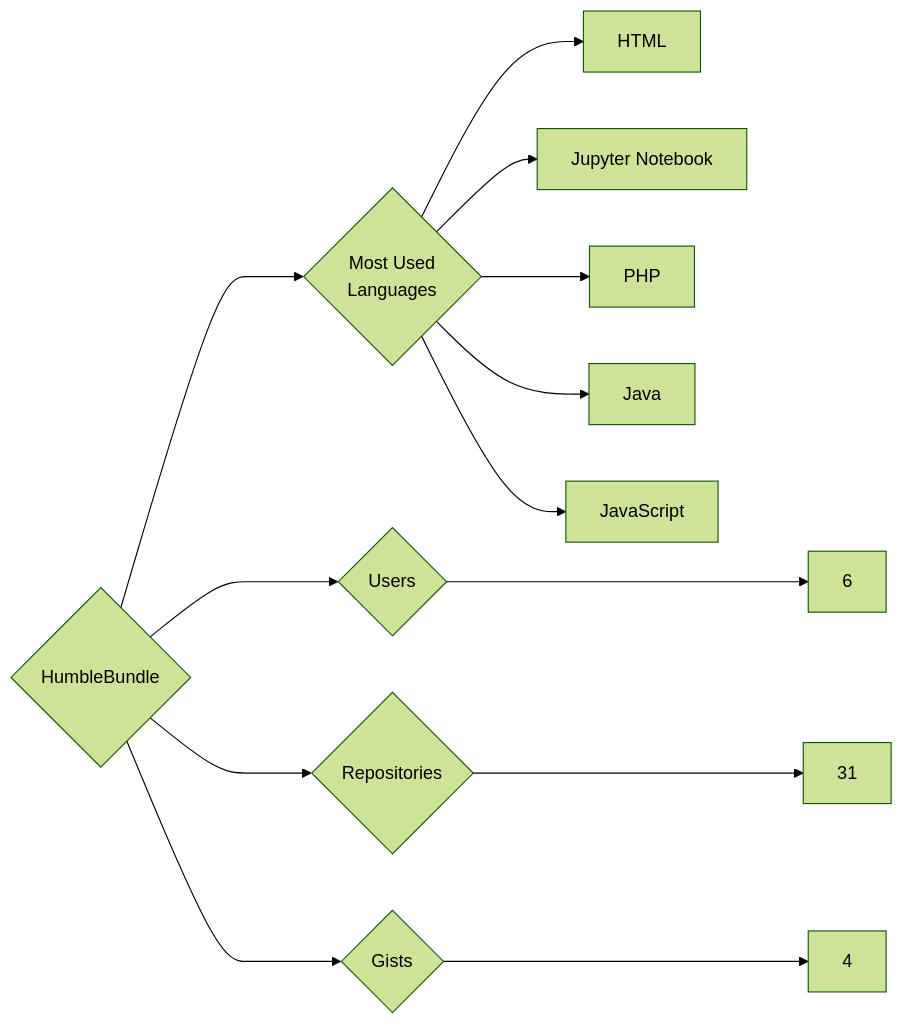
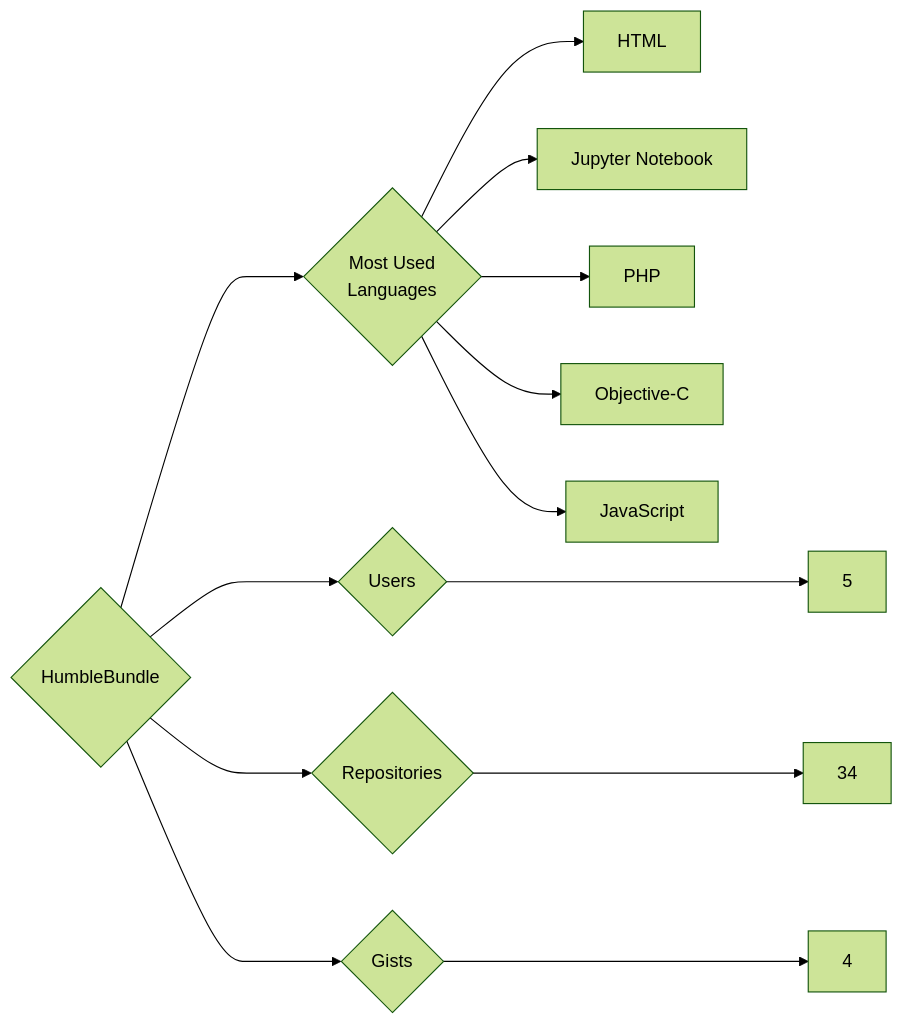
The diagram in targets/HumbleBundle/README.md (trickest/insiders), drawn with Mermaid (forest theme) before and after one commit. The commit also changed 1148 other files, not shown here.

````diff
--- a/targets/HumbleBundle/README.md
+++ b/targets/HumbleBundle/README.md
@@ -3,13 +3,13 @@
 ```mermaid
 graph LR
 COMPANY_NAME{HumbleBundle}
-COMPANY_NAME ---> U{Users} ---> UN[6]
-COMPANY_NAME ---> R{Repositories} ---> RN[31]
+COMPANY_NAME ---> U{Users} ---> UN[5]
+COMPANY_NAME ---> R{Repositories} ---> RN[34]
 COMPANY_NAME ---> G{Gists} ---> GN[4]
 COMPANY_NAME ---> ML{Most Used<br>Languages}
 ML --> HTML[HTML]
 ML --> Jupyter_Notebook[Jupyter Notebook]
 ML --> PHP[PHP]
-ML --> Java[Java]
+ML --> Objective-C[Objective-C]
 ML --> JavaScript[JavaScript]
 ```
````
